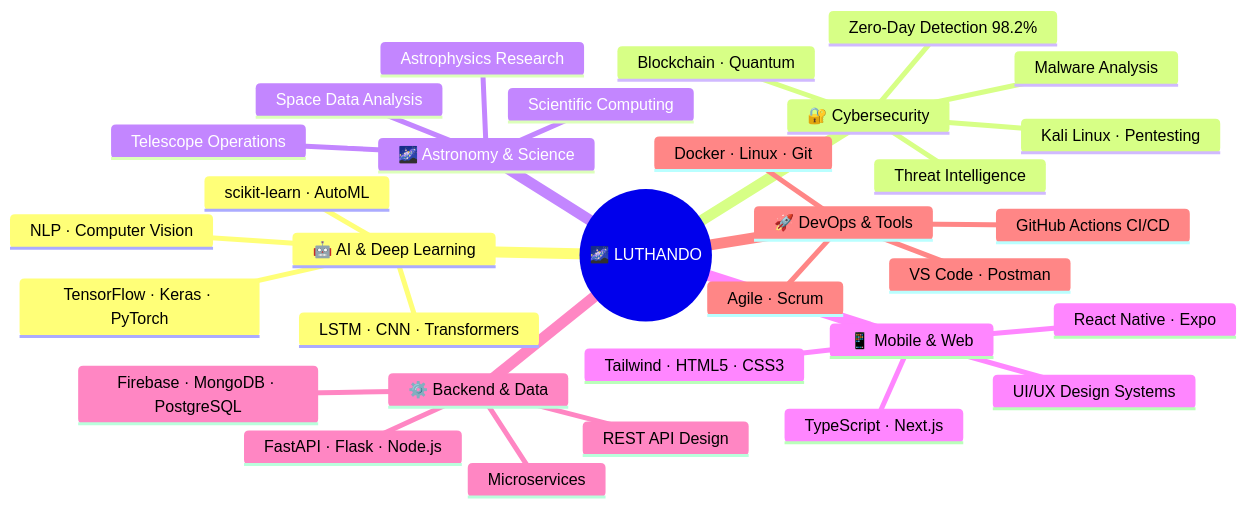
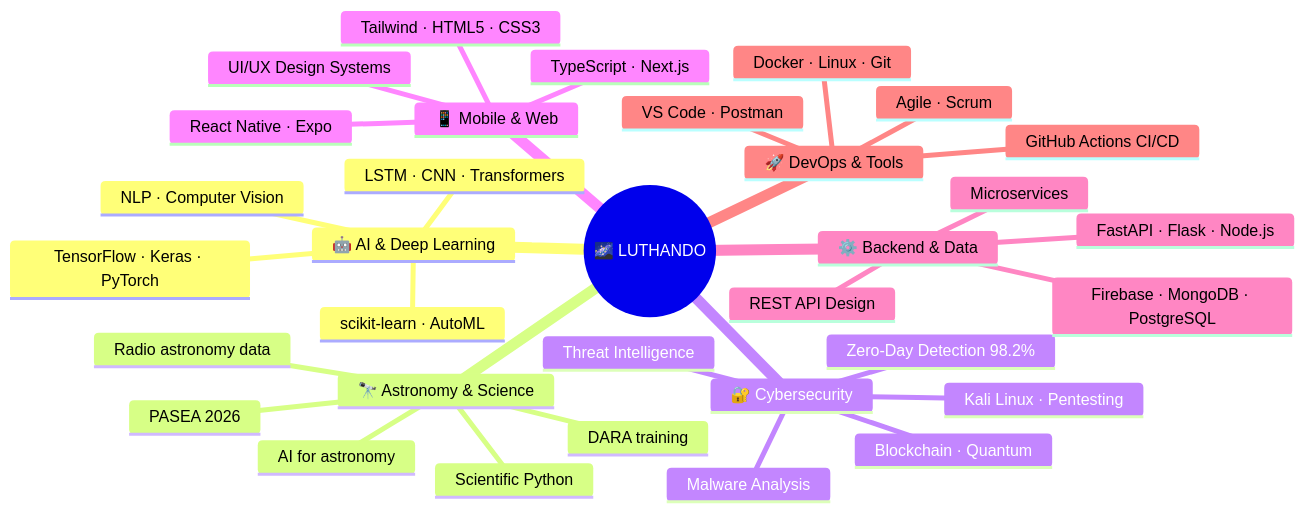
One commit to LuthandoCandlovu/LuthandoCandlovu changed the sixth of 7 diagrams in README.md. Above: the diagram before and after it, drawn with Mermaid. The commit also changed other lines of this file, not shown here.

````diff
--- a/README.md
+++ b/README.md
@@ -943,35 +1367,36 @@
 ```mermaid
 mindmap
   root((🌌 LUTHANDO))
     🤖 AI & Deep Learning
       TensorFlow · Keras · PyTorch
       LSTM · CNN · Transformers
       NLP · Computer Vision
       scikit-learn · AutoML
+    🔭 Astronomy & Science
+      DARA training
+      PASEA 2026
+      Radio astronomy data
+      Scientific Python
+      AI for astronomy
     🔐 Cybersecurity
       Zero-Day Detection 98.2%
       Threat Intelligence
       Kali Linux · Pentesting
       Malware Analysis
       Blockchain · Quantum
-    🌌 Astronomy & Science
-      Astrophysics Research
-      Space Data Analysis
-      Scientific Computing
-      Telescope Operations
     📱 Mobile & Web
       React Native · Expo
       TypeScript · Next.js
       Tailwind · HTML5 · CSS3
       UI/UX Design Systems
     ⚙️ Backend & Data
       FastAPI · Flask · Node.js
       Firebase · MongoDB · PostgreSQL
       REST API Design
       Microservices
     🚀 DevOps & Tools
       Docker · Linux · Git
       GitHub Actions CI/CD
       VS Code · Postman
       Agile · Scrum
 ```
````
